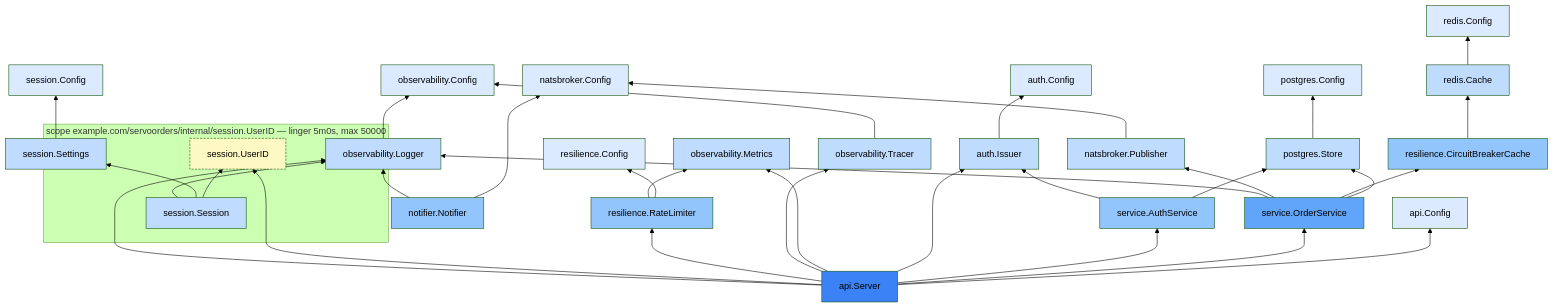
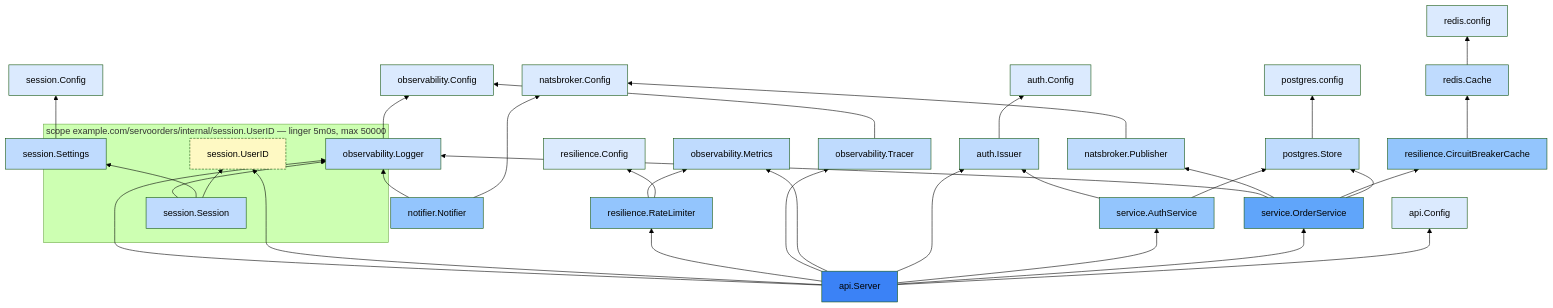
The diagram in docs/tutorial/13-wiring-with-servo.md (okian/servo), drawn with Mermaid (forest theme) before and after one commit. The commit also changed other lines of this file and 12 other files, not shown here.

````diff
--- a/docs/tutorial/13-wiring-with-servo.md
+++ b/docs/tutorial/13-wiring-with-servo.md
@@ -328,65 +328,65 @@
 ```mermaid
 graph BT
   n0["auth.Config"]:::level0
   n1["natsbroker.Config"]:::level0
-  n2["redis.Config"]:::level0
+  n2["redis.config"]:::level0
   n3["observability.Config"]:::level0
-  n4["postgres.Config"]:::level0
+  n4["postgres.config"]:::level0
   n5["resilience.Config"]:::level0
   n6["session.Config"]:::level0
   n7["api.Config"]:::level0
   n8["session.Settings"]:::level1
   n9["observability.Logger"]:::level1
   n10["notifier.Notifier"]:::level2
   n11["postgres.Store"]:::level1
   n12["redis.Cache"]:::level1
   n13["resilience.CircuitBreakerCache"]:::level2
   n14["natsbroker.Publisher"]:::level1
   n15["service.OrderService"]:::level3
   n16["auth.Issuer"]:::level1
   n17["service.AuthService"]:::level2
   n18["observability.Metrics"]:::level1
   n19["observability.Tracer"]:::level1
   n20["resilience.RateLimiter"]:::level2
   n21["api.Server"]:::level4
   subgraph scope0["scope example.com/servoorders/internal/session.UserID — linger 5m0s, max 50000"]
     k0["session.UserID"]:::scopekey
     n22["session.Session"]:::level1
   end
   n8 --> n6
   n9 --> n3
   n10 --> n1
   n10 --> n9
   n11 --> n4
   n12 --> n2
   n13 --> n12
   n14 --> n1
   n15 --> n11
   n15 --> n13
   n15 --> n14
   n15 --> n9
   n16 --> n0
   n17 --> n11
   n17 --> n16
   n19 --> n3
   n20 --> n5
   n20 --> n18
   n21 --> n7
   n21 --> n15
   n21 --> n17
   n21 --> n16
   n21 --> n18
   n21 --> n19
   n21 --> n20
   n21 --> k0
   n21 --> n9
   n22 --> k0
   n22 --> n8
   n22 --> n9
   classDef level0 fill:#dbeafe;
   classDef level1 fill:#bfdbfe;
   classDef level2 fill:#93c5fd;
   classDef level3 fill:#60a5fa;
   classDef level4 fill:#3b82f6;
   classDef scopekey fill:#fef9c3,stroke-dasharray: 4 2;
 ```
````
